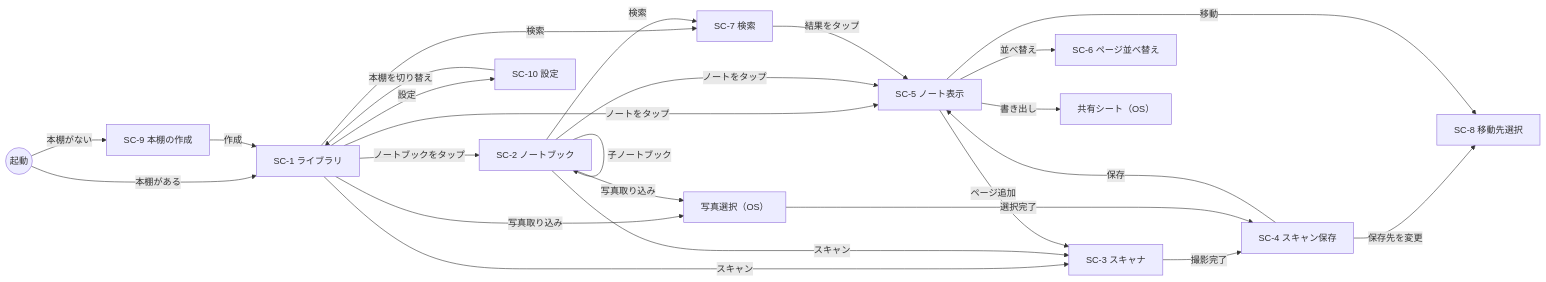
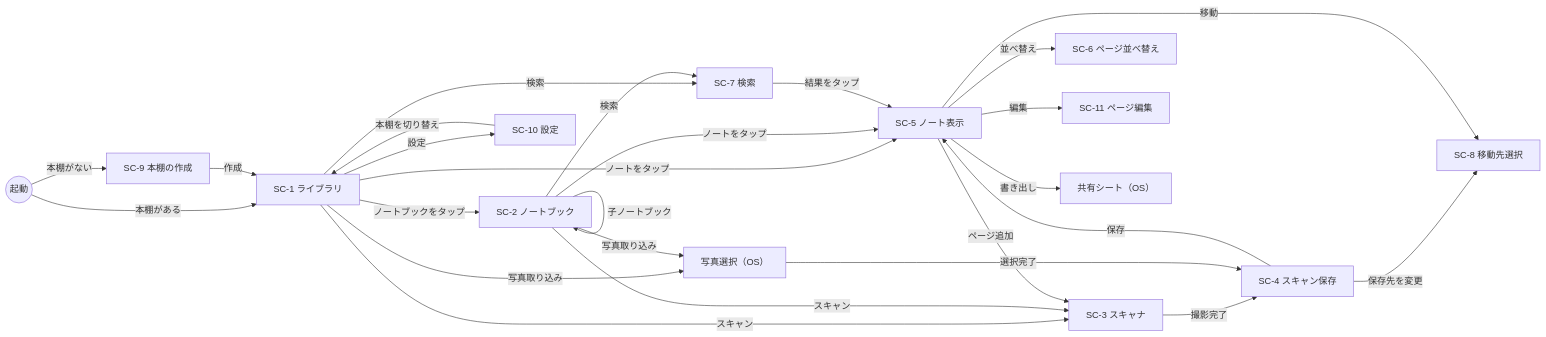
One commit to SasaBranch/Leaves changed the second of 7 diagrams in docs/02_basic-design/basic-design.md. Above: the diagram before and after it, drawn with Mermaid. The commit also changed other lines of this file, not shown here.

````diff
--- a/docs/02_basic-design/basic-design.md
+++ b/docs/02_basic-design/basic-design.md
@@ -199,23 +201,24 @@
 ```mermaid
 flowchart LR
   SC1["SC-1 ライブラリ"] -->|ノートブックをタップ| SC2["SC-2 ノートブック"]
   SC2 -->|子ノートブック| SC2
   SC1 & SC2 -->|ノートをタップ| SC5["SC-5 ノート表示"]
   SC1 & SC2 -->|スキャン| SC3["SC-3 スキャナ"]
   SC1 & SC2 -->|写真取り込み| PICK["写真選択（OS）"]
   SC3 -->|撮影完了| SC4["SC-4 スキャン保存"]
   PICK -->|選択完了| SC4
   SC4 -->|保存| SC5
   SC4 -->|保存先を変更| SC8["SC-8 移動先選択"]
   SC1 & SC2 -->|検索| SC7["SC-7 検索"]
   SC7 -->|結果をタップ| SC5
   SC5 -->|並べ替え| SC6["SC-6 ページ並べ替え"]
   SC5 -->|ページ追加| SC3
   SC5 -->|移動| SC8
+  SC5 -->|編集| SC11["SC-11 ページ編集"]
   SC5 -->|書き出し| SHARE["共有シート（OS）"]
   START(("起動")) -->|本棚がない| SC9["SC-9 本棚の作成"]
   START -->|本棚がある| SC1
   SC9 -->|作成| SC1
   SC1 -->|設定| SC10["SC-10 設定"]
   SC10 -->|本棚を切り替え| SC1
 ```
````
